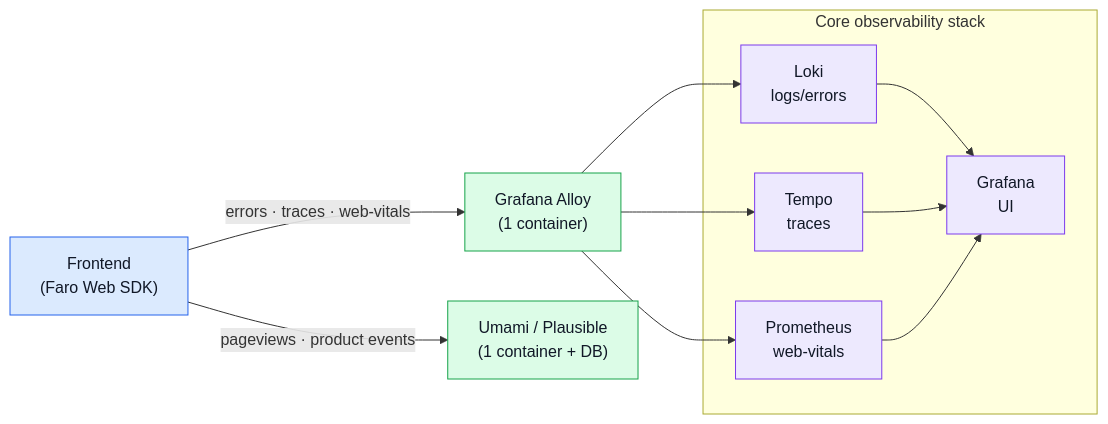
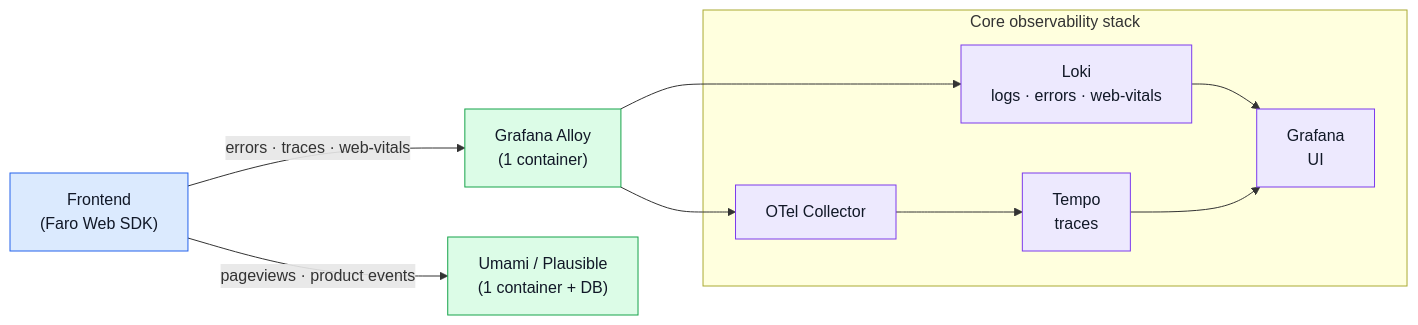
One commit to Guebbit/boilerplate-node-backend changed the diagram in docs/tools/frontend-observability.md. Above: the diagram before and after it, drawn with Mermaid. The commit also changed other lines of this file and 32 other files, not shown here.

````diff
--- a/docs/tools/frontend-observability.md
+++ b/docs/tools/frontend-observability.md
@@ -47,30 +46,29 @@
 ```mermaid
 %%{init: {'flowchart': {'nodeSpacing': 50, 'rankSpacing': 65}}}%%
 flowchart LR
     FE["Frontend\n(Faro Web SDK)"]
     Alloy["Grafana Alloy\n(1 container)"]
     Umami["Umami / Plausible\n(1 container + DB)"]
 
     subgraph Existing["Core observability stack"]
-        Loki["Loki\nlogs/errors"]
+        Loki["Loki\nlogs · errors · web-vitals"]
         Tempo["Tempo\ntraces"]
-        Prom["Prometheus\nweb-vitals"]
+        Collector["OTel Collector"]
         Grafana["Grafana\nUI"]
     end
 
     FE -->|"errors · traces · web-vitals"| Alloy
     FE -->|"pageviews · product events"| Umami
     Alloy --> Loki
-    Alloy --> Tempo
-    Alloy --> Prom
+    Alloy --> Collector
+    Collector --> Tempo
     Loki --> Grafana
     Tempo --> Grafana
-    Prom --> Grafana
 
     classDef fe fill:#dbeafe,stroke:#2563eb,color:#111827;
     classDef new fill:#dcfce7,stroke:#16a34a,color:#111827;
     classDef existing fill:#ede9fe,stroke:#7c3aed,color:#111827;
     class FE fe;
     class Alloy,Umami new;
-    class Loki,Tempo,Prom,Grafana existing;
+    class Loki,Tempo,Collector,Grafana existing;
 ```
````
